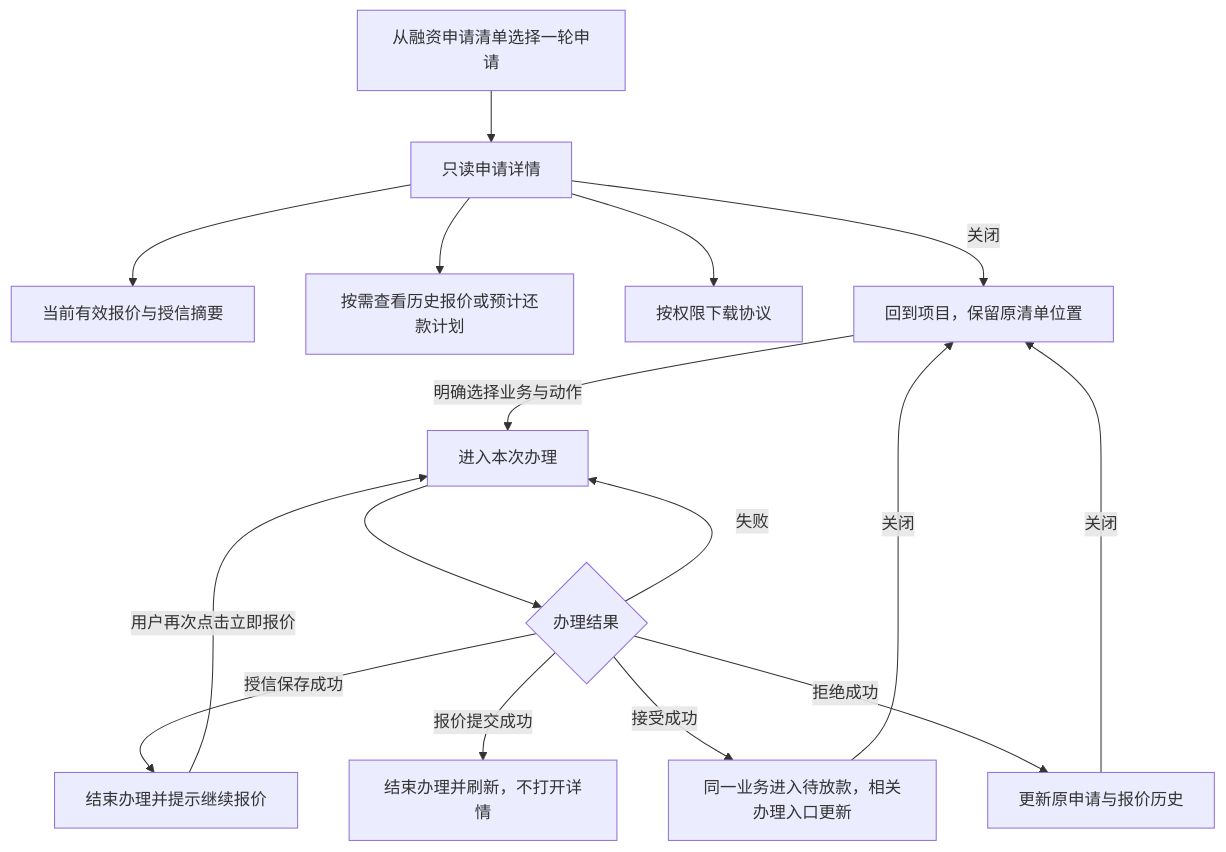
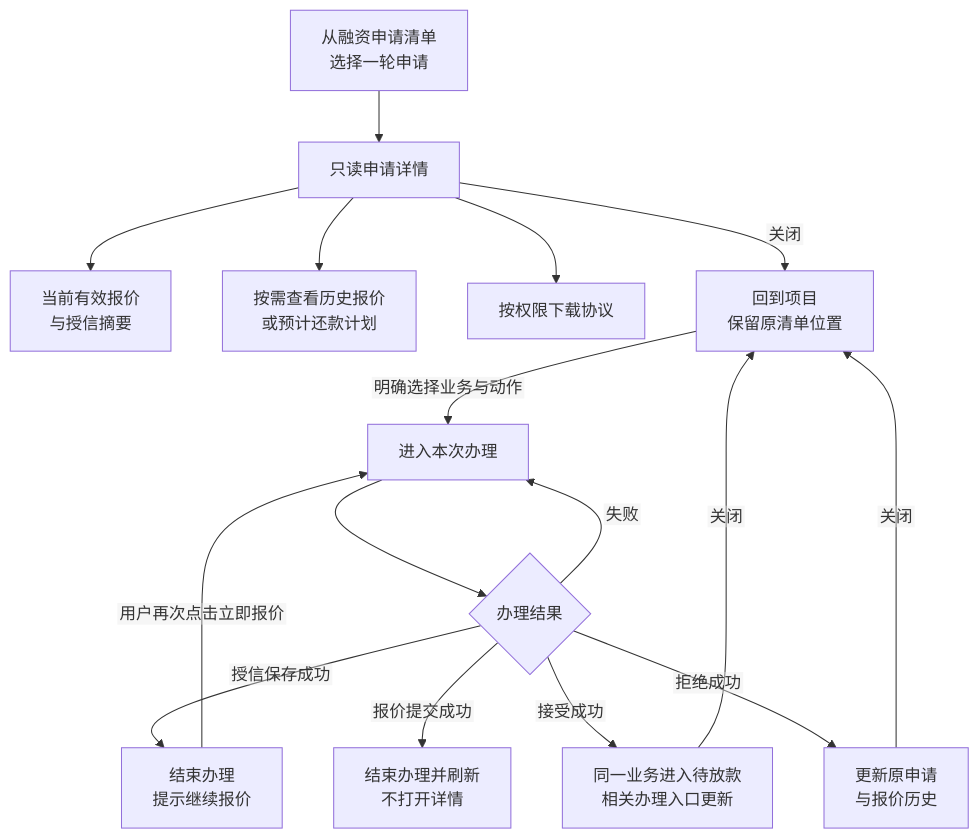
The fifth of 8 diagrams in lending-platform/PRD/面客端/06-借贷广场-授信报价与接受拒绝/02-授信报价与接受拒绝-流程图与状态机.md (wxblockchain/Chain-Financing), drawn with Mermaid before and after one commit. The commit also changed other lines of this file, not shown here.

First line of the commit message:
docs(WS-375): keep every flowchart label fully visible

````diff
--- a/lending-platform/PRD/面客端/06-借贷广场-授信报价与接受拒绝/02-授信报价与接受拒绝-流程图与状态机.md
+++ b/lending-platform/PRD/面客端/06-借贷广场-授信报价与接受拒绝/02-授信报价与接受拒绝-流程图与状态机.md
@@ -114,18 +118,19 @@
 ```mermaid
+%%{init: {"flowchart": {"htmlLabels": false, "wrappingWidth": 400}}}%%
 flowchart TD
-  A[从融资申请清单选择一轮申请] --> B[只读申请详情]
-  B --> C[当前有效报价与授信摘要]
-  B --> D[按需查看历史报价或预计还款计划]
-  B --> E[按权限下载协议]
-  B -->|关闭| P[回到项目，保留原清单位置]
-  P -->|明确选择业务与动作| Q[进入本次办理]
-  Q --> R{办理结果}
-  R -->|授信保存成功| S[结束办理并提示继续报价]
-  R -->|报价提交成功| T[结束办理并刷新，不打开详情]
-  R -->|接受成功| U[同一业务进入待放款，相关办理入口更新]
-  R -->|拒绝成功| V[更新原申请与报价历史]
-  R -->|失败| Q
-  S -->|用户再次点击立即报价| Q
-  U -->|关闭| P
-  V -->|关闭| P
+  A["从融资申请清单<br/>选择一轮申请"] --> B["只读申请详情"]
+  B --> C["当前有效报价<br/>与授信摘要"]
+  B --> D["按需查看历史报价<br/>或预计还款计划"]
+  B --> E["按权限下载协议"]
+  B -->|"关闭"| P["回到项目<br/>保留原清单位置"]
+  P -->|"明确选择业务与动作"| Q["进入本次办理"]
+  Q --> R{"办理结果"}
+  R -->|"授信保存成功"| S["结束办理<br/>提示继续报价"]
+  R -->|"报价提交成功"| T["结束办理并刷新<br/>不打开详情"]
+  R -->|"接受成功"| U["同一业务进入待放款<br/>相关办理入口更新"]
+  R -->|"拒绝成功"| V["更新原申请<br/>与报价历史"]
+  R -->|"失败"| Q
+  S -->|"用户再次点击立即报价"| Q
+  U -->|"关闭"| P
+  V -->|"关闭"| P
 ```
````
